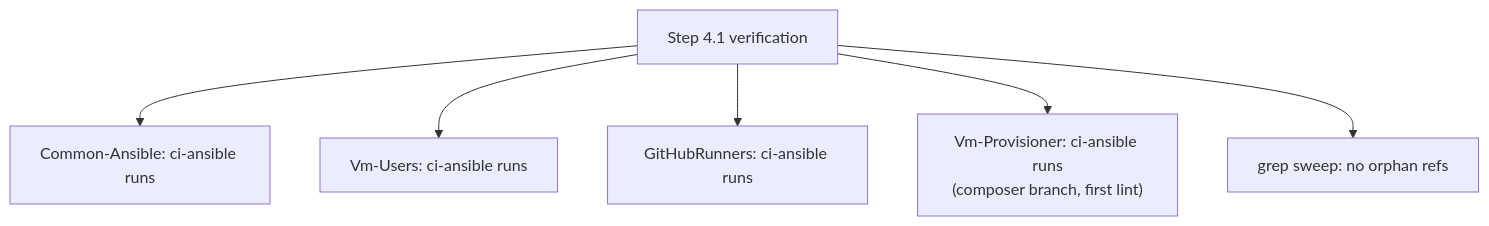
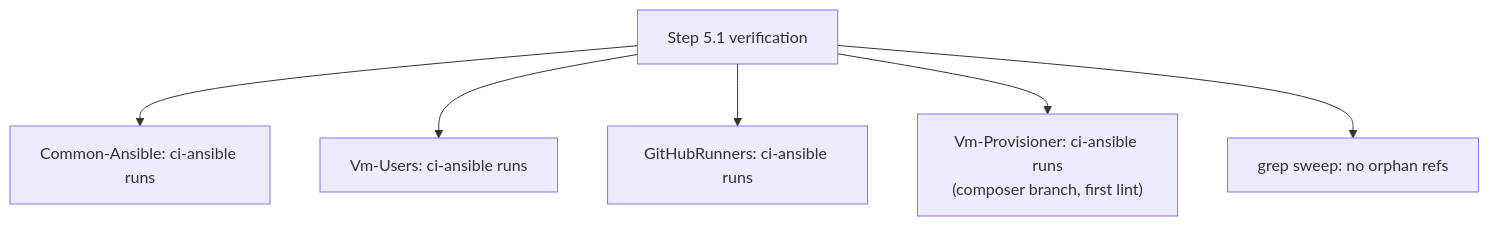
One commit to Klark-Morrigan/Common-Ansible changed diagram 19 of 19 in docs/dev/implementation/20-ansible-lint-ci-in-common-ansible/plan.md. Above: the diagram before and after it, drawn with Mermaid. The commit also changed other lines of this file, not shown here.

Commit message:
docs: defer VM provisioner Ansible lint until the old implementation is removed

````diff
--- a/docs/dev/implementation/20-ansible-lint-ci-in-common-ansible/plan.md
+++ b/docs/dev/implementation/20-ansible-lint-ci-in-common-ansible/plan.md
@@ -760,8 +814,8 @@
 ```mermaid
 flowchart TD
-  V["Step 4.1 verification"] --> CA["Common-Ansible: ci-ansible runs"]
+  V["Step 5.1 verification"] --> CA["Common-Ansible: ci-ansible runs"]
   V --> VU["Vm-Users: ci-ansible runs"]
   V --> GR["GitHubRunners: ci-ansible runs"]
   V --> VP["Vm-Provisioner: ci-ansible runs<br/>(composer branch, first lint)"]
   V --> GREP["grep sweep: no orphan refs"]
 ```
````
